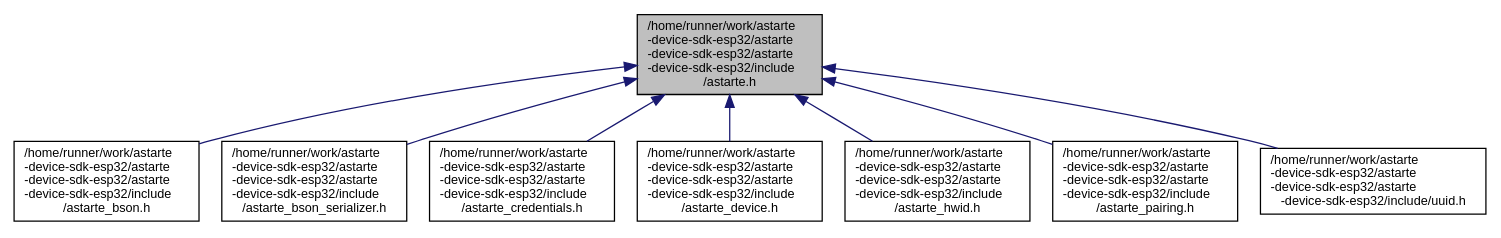
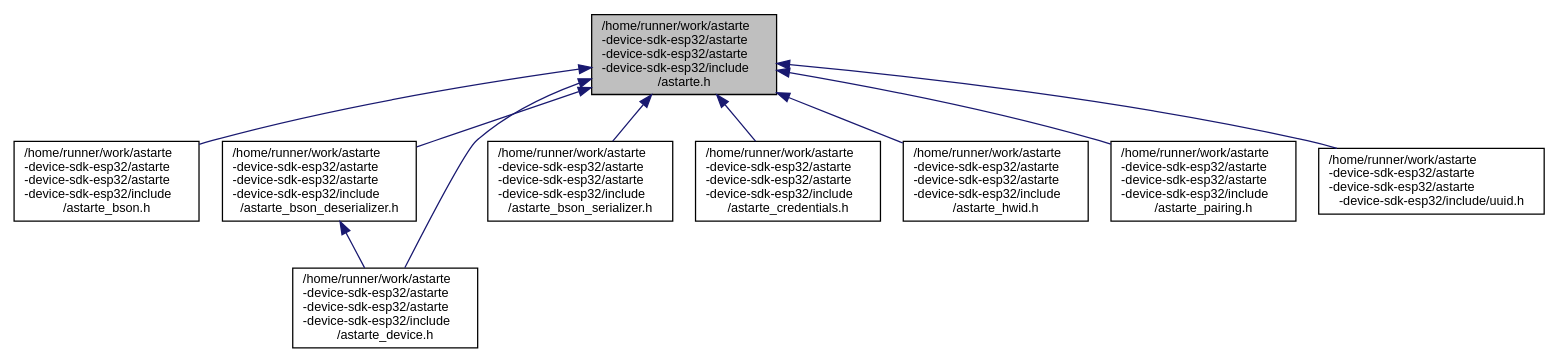
One commit to astarte-platform/docs changed the diagram in device-sdks/esp32/snapshot/api/astarte_8h__dep__incl.dot. Above: the diagram before and after it, drawn with Graphviz. The commit also changed 57 other files, not shown here.

Commit message:
Update ESP32 SDK documentation

```diff
--- a/device-sdks/esp32/snapshot/api/astarte_8h__dep__incl.dot
+++ b/device-sdks/esp32/snapshot/api/astarte_8h__dep__incl.dot
@@ -1,21 +1,24 @@
 digraph "/home/runner/work/astarte-device-sdk-esp32/astarte-device-sdk-esp32/astarte-device-sdk-esp32/include/astarte.h"
 {
  // LATEX_PDF_SIZE
   edge [fontname="Helvetica",fontsize="10",labelfontname="Helvetica",labelfontsize="10"];
   node [fontname="Helvetica",fontsize="10",shape=record];
   Node1 [label="/home/runner/work/astarte\l-device-sdk-esp32/astarte\l-device-sdk-esp32/astarte\l-device-sdk-esp32/include\l/astarte.h",height=0.2,width=0.4,color="black", fillcolor="grey75", style="filled", fontcolor="black",tooltip="Astarte types and defines."];
   Node1 -> Node2 [dir="back",color="midnightblue",fontsize="10",style="solid",fontname="Helvetica"];
-  Node2 [label="/home/runner/work/astarte\l-device-sdk-esp32/astarte\l-device-sdk-esp32/astarte\l-device-sdk-esp32/include\l/astarte_bson.h",height=0.2,width=0.4,color="black", fillcolor="white", style="filled",URL="$astarte__bson_8h.html",tooltip="Astarte BSON manipulation functions."];
+  Node2 [label="/home/runner/work/astarte\l-device-sdk-esp32/astarte\l-device-sdk-esp32/astarte\l-device-sdk-esp32/include\l/astarte_bson.h",height=0.2,width=0.4,color="black", fillcolor="white", style="filled",URL="$astarte__bson_8h.html",tooltip="Astarte BSON deserialization functions."];
   Node1 -> Node3 [dir="back",color="midnightblue",fontsize="10",style="solid",fontname="Helvetica"];
-  Node3 [label="/home/runner/work/astarte\l-device-sdk-esp32/astarte\l-device-sdk-esp32/astarte\l-device-sdk-esp32/include\l/astarte_bson_serializer.h",height=0.2,width=0.4,color="black", fillcolor="white", style="filled",URL="$astarte__bson__serializer_8h.html",tooltip="Astarte BSON serializer functions."];
+  Node3 [label="/home/runner/work/astarte\l-device-sdk-esp32/astarte\l-device-sdk-esp32/astarte\l-device-sdk-esp32/include\l/astarte_bson_deserializer.h",height=0.2,width=0.4,color="black", fillcolor="white", style="filled",URL="$astarte__bson__deserializer_8h.html",tooltip="Astarte BSON deserialization functions."];
+  Node3 -> Node4 [dir="back",color="midnightblue",fontsize="10",style="solid",fontname="Helvetica"];
+  Node4 [label="/home/runner/work/astarte\l-device-sdk-esp32/astarte\l-device-sdk-esp32/astarte\l-device-sdk-esp32/include\l/astarte_device.h",height=0.2,width=0.4,color="black", fillcolor="white", style="filled",URL="$astarte__device_8h.html",tooltip="Astarte device SDK high level API."];
+  Node1 -> Node5 [dir="back",color="midnightblue",fontsize="10",style="solid",fontname="Helvetica"];
+  Node5 [label="/home/runner/work/astarte\l-device-sdk-esp32/astarte\l-device-sdk-esp32/astarte\l-device-sdk-esp32/include\l/astarte_bson_serializer.h",height=0.2,width=0.4,color="black", fillcolor="white", style="filled",URL="$astarte__bson__serializer_8h.html",tooltip="Astarte BSON serializer functions."];
+  Node1 -> Node6 [dir="back",color="midnightblue",fontsize="10",style="solid",fontname="Helvetica"];
+  Node6 [label="/home/runner/work/astarte\l-device-sdk-esp32/astarte\l-device-sdk-esp32/astarte\l-device-sdk-esp32/include\l/astarte_credentials.h",height=0.2,width=0.4,color="black", fillcolor="white", style="filled",URL="$astarte__credentials_8h.html",tooltip="Astarte credentials functions."];
   Node1 -> Node4 [dir="back",color="midnightblue",fontsize="10",style="solid",fontname="Helvetica"];
-  Node4 [label="/home/runner/work/astarte\l-device-sdk-esp32/astarte\l-device-sdk-esp32/astarte\l-device-sdk-esp32/include\l/astarte_credentials.h",height=0.2,width=0.4,color="black", fillcolor="white", style="filled",URL="$astarte__credentials_8h.html",tooltip="Astarte credentials functions."];
-  Node1 -> Node5 [dir="back",color="midnightblue",fontsize="10",style="solid",fontname="Helvetica"];
-  Node5 [label="/home/runner/work/astarte\l-device-sdk-esp32/astarte\l-device-sdk-esp32/astarte\l-device-sdk-esp32/include\l/astarte_device.h",height=0.2,width=0.4,color="black", fillcolor="white", style="filled",URL="$astarte__device_8h.html",tooltip="Astarte device SDK high level API."];
-  Node1 -> Node6 [dir="back",color="midnightblue",fontsize="10",style="solid",fontname="Helvetica"];
-  Node6 [label="/home/runner/work/astarte\l-device-sdk-esp32/astarte\l-device-sdk-esp32/astarte\l-device-sdk-esp32/include\l/astarte_hwid.h",height=0.2,width=0.4,color="black", fillcolor="white", style="filled",URL="$astarte__hwid_8h.html",tooltip="Astarte hardware ID functions."];
   Node1 -> Node7 [dir="back",color="midnightblue",fontsize="10",style="solid",fontname="Helvetica"];
-  Node7 [label="/home/runner/work/astarte\l-device-sdk-esp32/astarte\l-device-sdk-esp32/astarte\l-device-sdk-esp32/include\l/astarte_pairing.h",height=0.2,width=0.4,color="black", fillcolor="white", style="filled",URL="$astarte__pairing_8h.html",tooltip="Astarte pairing functions."];
+  Node7 [label="/home/runner/work/astarte\l-device-sdk-esp32/astarte\l-device-sdk-esp32/astarte\l-device-sdk-esp32/include\l/astarte_hwid.h",height=0.2,width=0.4,color="black", fillcolor="white", style="filled",URL="$astarte__hwid_8h.html",tooltip="Astarte hardware ID functions."];
   Node1 -> Node8 [dir="back",color="midnightblue",fontsize="10",style="solid",fontname="Helvetica"];
-  Node8 [label="/home/runner/work/astarte\l-device-sdk-esp32/astarte\l-device-sdk-esp32/astarte\l-device-sdk-esp32/include/uuid.h",height=0.2,width=0.4,color="black", fillcolor="white", style="filled",URL="$uuid_8h_source.html",tooltip=" "];
+  Node8 [label="/home/runner/work/astarte\l-device-sdk-esp32/astarte\l-device-sdk-esp32/astarte\l-device-sdk-esp32/include\l/astarte_pairing.h",height=0.2,width=0.4,color="black", fillcolor="white", style="filled",URL="$astarte__pairing_8h.html",tooltip="Astarte pairing functions."];
+  Node1 -> Node9 [dir="back",color="midnightblue",fontsize="10",style="solid",fontname="Helvetica"];
+  Node9 [label="/home/runner/work/astarte\l-device-sdk-esp32/astarte\l-device-sdk-esp32/astarte\l-device-sdk-esp32/include/uuid.h",height=0.2,width=0.4,color="black", fillcolor="white", style="filled",URL="$uuid_8h_source.html",tooltip=" "];
 }
```
